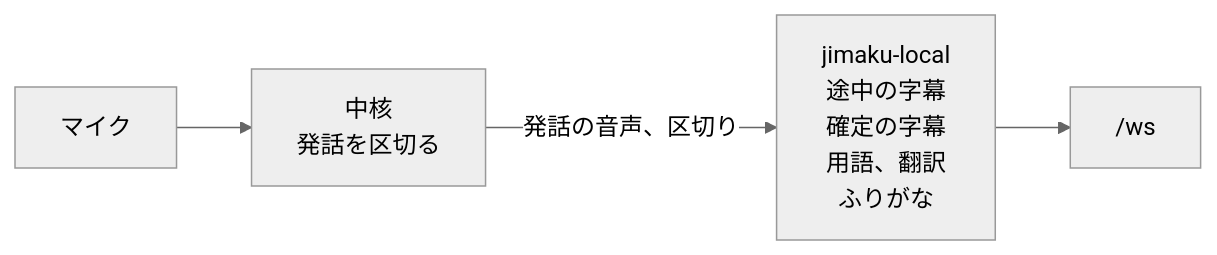
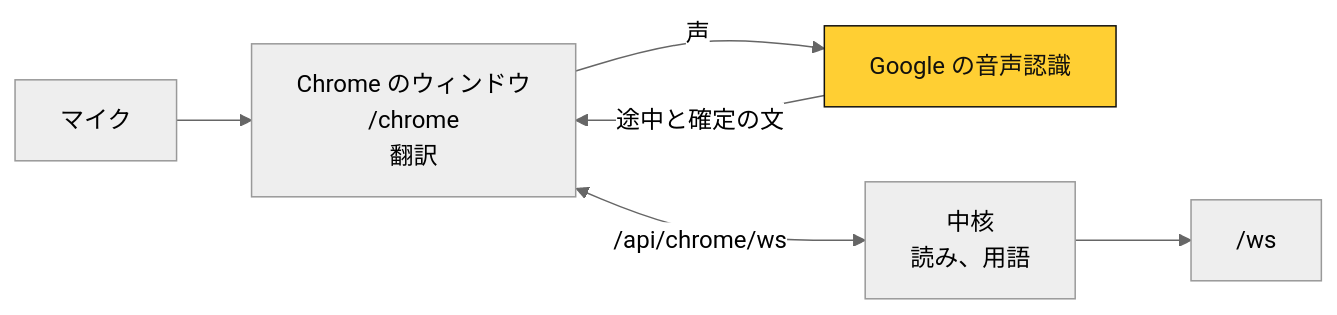
One commit to Chiji1108/deadlock-jimaku changed the fourth of 4 diagrams in README.md. Above: the diagram before and after it, drawn with Mermaid (neutral theme). The commit also changed other lines of this file and 63 other files, not shown here.

````diff
--- a/README.md
+++ b/README.md
@@ -100,6 +120,10 @@
 ```mermaid
 flowchart LR
-  mic["マイク"] --> core["中核<br/>発話を区切る"]
-  core -- "発話の音声、区切り" --> helper["jimaku-local<br/>途中の字幕<br/>確定の字幕<br/>用語、翻訳<br/>ふりがな"]
-  helper --> ws["/ws"]
+  mic["マイク"] --> tab["Chrome のウィンドウ<br/>/chrome<br/>翻訳"]
+  tab -- "声" --> google["Google の音声認識"]
+  google -- "途中と確定の文" --> tab
+  tab <-- "/api/chrome/ws" --> core["中核<br/>読み、用語"]
+  core --> ws["/ws"]
+  classDef cloud fill:#ffcf33,stroke:#12110e,color:#12110e
+  class google cloud
 ```
````
